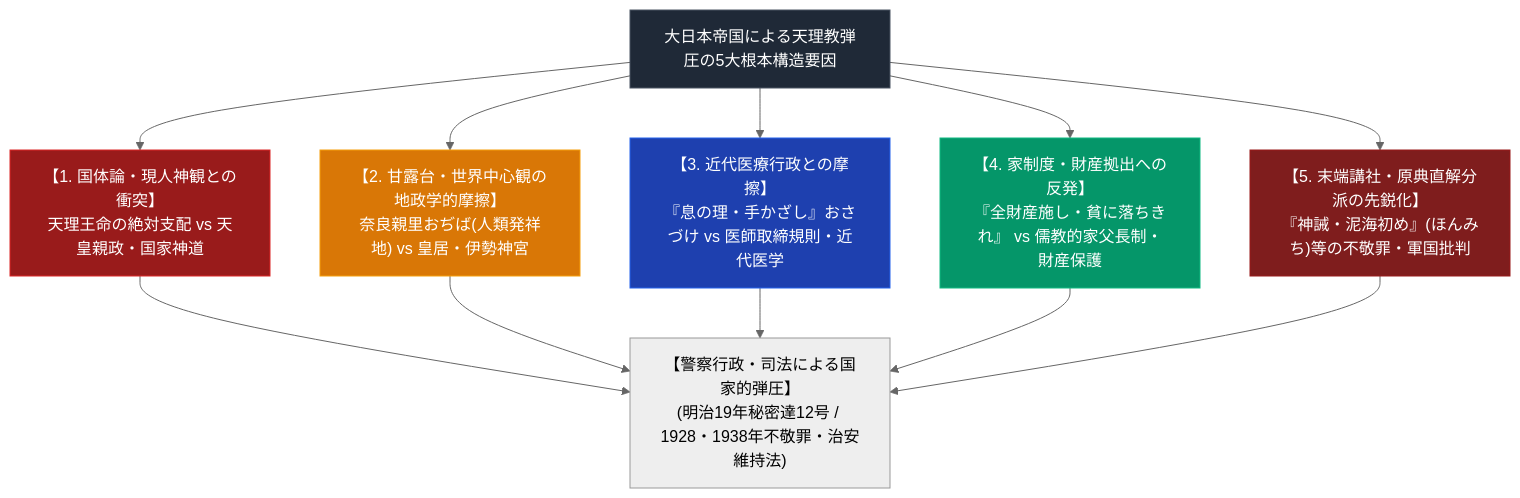
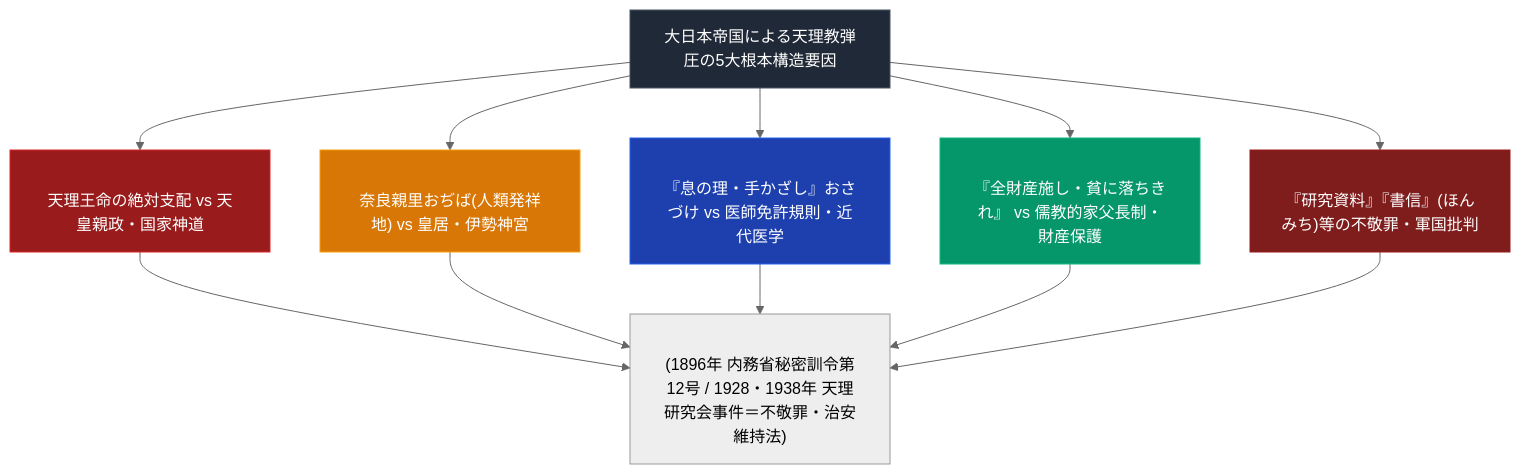
The diagram in content/01_宗派・異端研究/08_比較・史論・ハブ/天理教弾圧の構造と歴史要因.md (iida-masashi/religion-garden), drawn with Mermaid (neutral theme) before and after one commit. The commit also changed other lines of this file and 251 other files, not shown here.

````diff
--- a/content/01_宗派・異端研究/08_比較・史論・ハブ/天理教弾圧の構造と歴史要因.md
+++ b/content/01_宗派・異端研究/08_比較・史論・ハブ/天理教弾圧の構造と歴史要因.md
@@ -23,17 +23,17 @@
 ```mermaid
 graph TD
-    A["<div style='color:#ffffff;'>大日本帝国による天理教弾圧の5大根本構造要因</div>"] --> B1["<div style='color:#ffffff;'>【1. 国体論・現人神観との衝突】<br>天理王命の絶対支配 vs 天皇親政・国家神道</div>"]
-    A --> B2["【2. 甘露台・世界中心観の地政学的摩擦】<br>奈良親里おぢば(人類発祥地) vs 皇居・伊勢神宮"]
-    A --> B3["<div style='color:#ffffff;'>【3. 近代医療行政との摩擦】<br>『息の理・手かざし』おさづけ vs 医師取締規則・近代医学</div>"]
-    A --> B4["<div style='color:#ffffff;'>【4. 家制度・財産拠出への反発】<br>『全財産施し・貧に落ちきれ』 vs 儒教的家父長制・財産保護</div>"]
-    A --> B5["<div style='color:#ffffff;'>【5. 末端講社・原典直解分派の先鋭化】<br>『神誡・泥海初め』(ほんみち)等の不敬罪・軍国批判</div>"]
-    
-    B1 & B2 & B3 & B4 & B5 --> C["【警察行政・司法による国家的弾圧】<br>(明治19年秘密達12号 / 1928・1938年不敬罪・治安維持法)"]
-    
-    style A fill:#1f2937,stroke:#4b5563,color:#fff
-    style B1 fill:#991b1b,stroke:#dc2626,color:#fff
-    style B2 fill:#d97706,stroke:#f59e0b,color:#fff
-    style B3 fill:#1e40af,stroke:#2563eb,color:#fff
-    style B4 fill:#059669,stroke:#10b981,color:#fff
-    style B5 fill:#7f1d1d,stroke:#991b1b,color:#fff
+A["<div style='color:#ffffff;'>大日本帝国による天理教弾圧の5大根本構造要因</div>"] --> B1["<div style='color:#ffffff;'><br>天理王命の絶対支配 vs 天皇親政・国家神道</div>"]
+A --> B2["<br>奈良親里おぢば(人類発祥地) vs 皇居・伊勢神宮"]
+A --> B3["<div style='color:#ffffff;'><br>『息の理・手かざし』おさづけ vs 医師免許規則・近代医学</div>"]
+A --> B4["<div style='color:#ffffff;'><br>『全財産施し・貧に落ちきれ』 vs 儒教的家父長制・財産保護</div>"]
+A --> B5["<div style='color:#ffffff;'><br>『研究資料』『書信』(ほんみち)等の不敬罪・軍国批判</div>"]
+
+B1 & B2 & B3 & B4 & B5 --> C["<br>(1896年 内務省秘密訓令第12号 / 1928・1938年 天理研究会事件＝不敬罪・治安維持法)"]
+
+style A fill:#1f2937,stroke:#4b5563,color:#fff
+style B1 fill:#991b1b,stroke:#dc2626,color:#fff
+style B2 fill:#d97706,stroke:#f59e0b,color:#fff
+style B3 fill:#1e40af,stroke:#2563eb,color:#fff
+style B4 fill:#059669,stroke:#10b981,color:#fff
+style B5 fill:#7f1d1d,stroke:#991b1b,color:#fff
 ```
````
